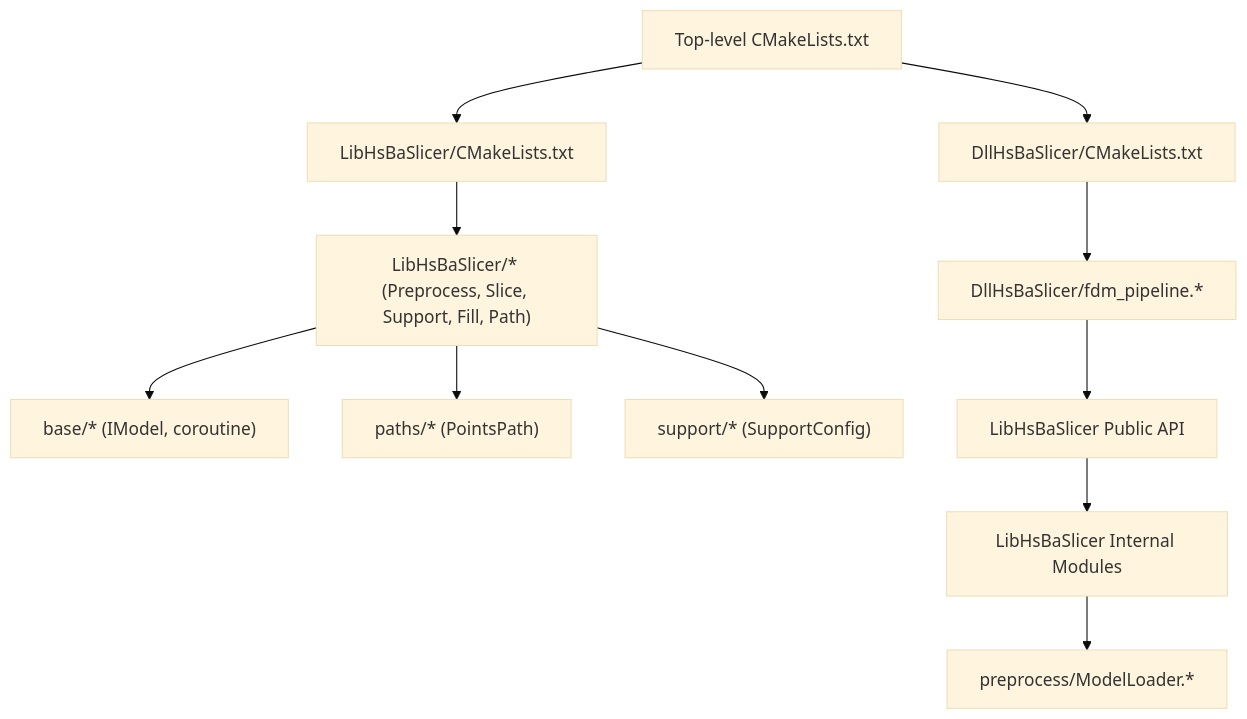
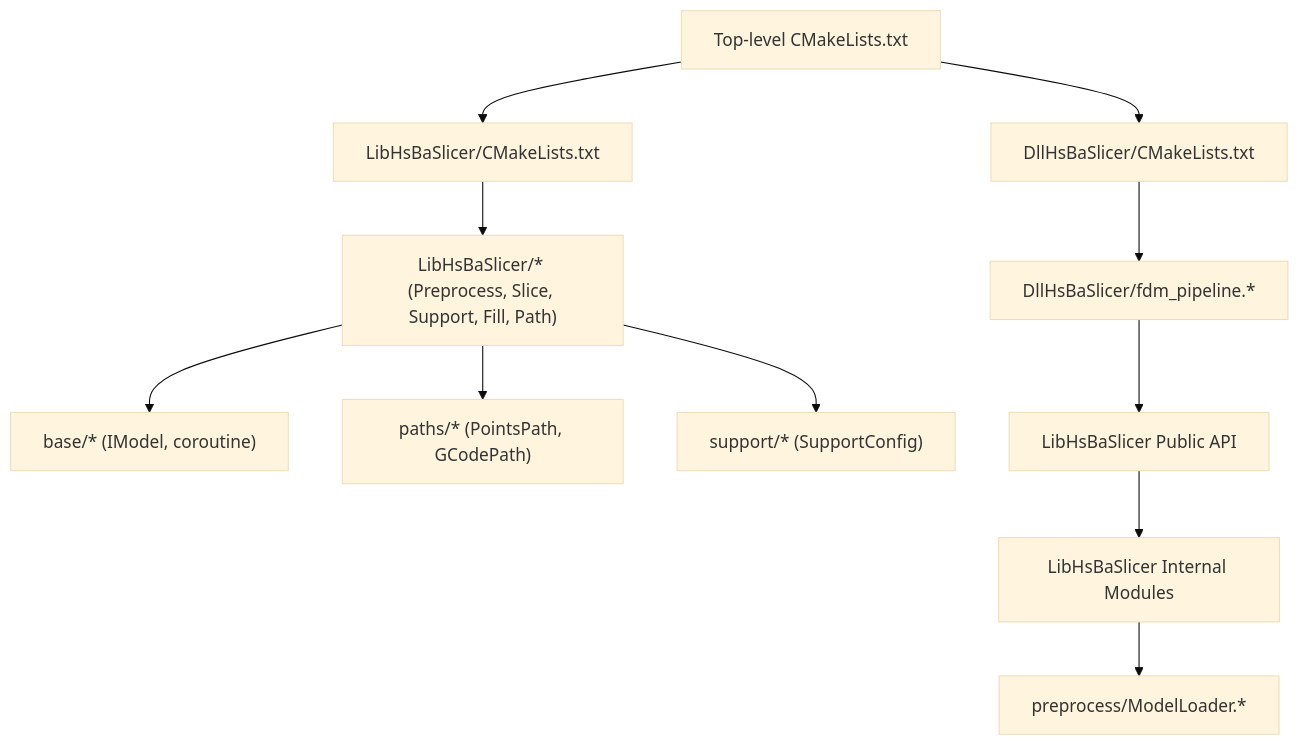
One commit to hsmbanlance/HsBaSlicer changed the first of 8 diagrams in .qoder/repowiki/en/content/Core Architecture/FDM Pipeline System.md. Above: the diagram before and after it, drawn with Mermaid (base theme). The commit also changed other lines of this file and 9 other files, not shown here.

````diff
--- a/.qoder/repowiki/en/content/Core Architecture/FDM Pipeline System.md
+++ b/.qoder/repowiki/en/content/Core Architecture/FDM Pipeline System.md
@@ -67,13 +75,13 @@
 ```mermaid
 graph TB
 A["Top-level CMakeLists.txt"] --> B["LibHsBaSlicer/CMakeLists.txt"]
 A --> C["DllHsBaSlicer/CMakeLists.txt"]
 B --> D["LibHsBaSlicer/* (Preprocess, Slice, Support, Fill, Path)"]
 C --> E["DllHsBaSlicer/fdm_pipeline.*"]
 D --> F["base/* (IModel, coroutine)"]
-D --> G["paths/* (PointsPath)"]
+D --> G["paths/* (PointsPath, GCodePath)"]
 D --> H["support/* (SupportConfig)"]
 E --> I["LibHsBaSlicer Public API"]
 I --> J["LibHsBaSlicer Internal Modules"]
 J --> K["preprocess/ModelLoader.*"]
 ```
````
